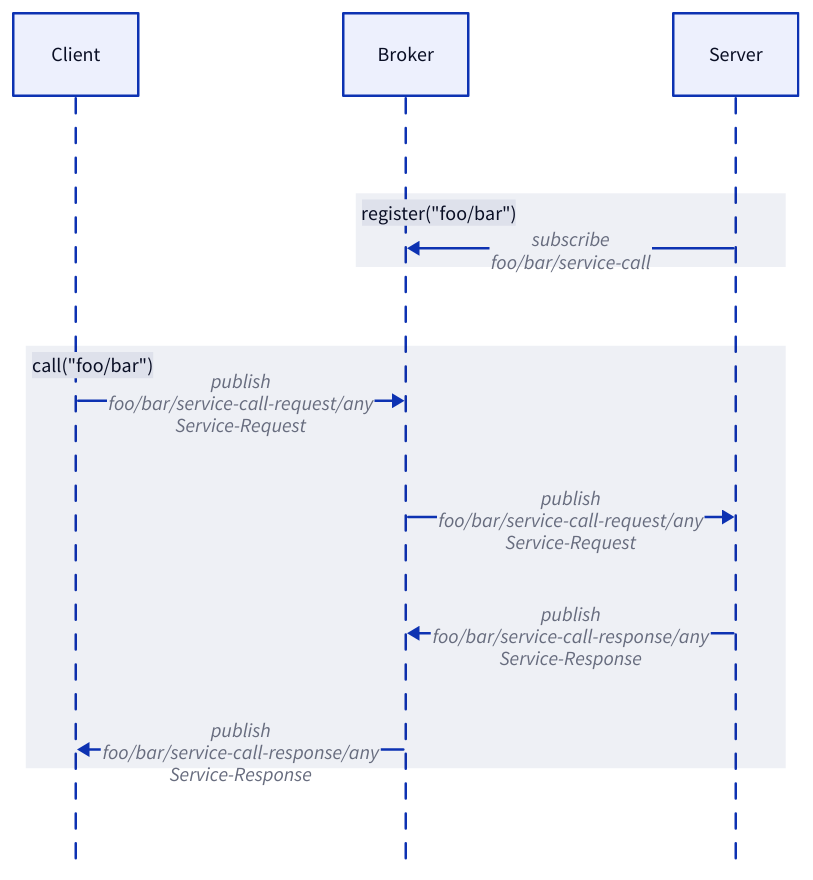
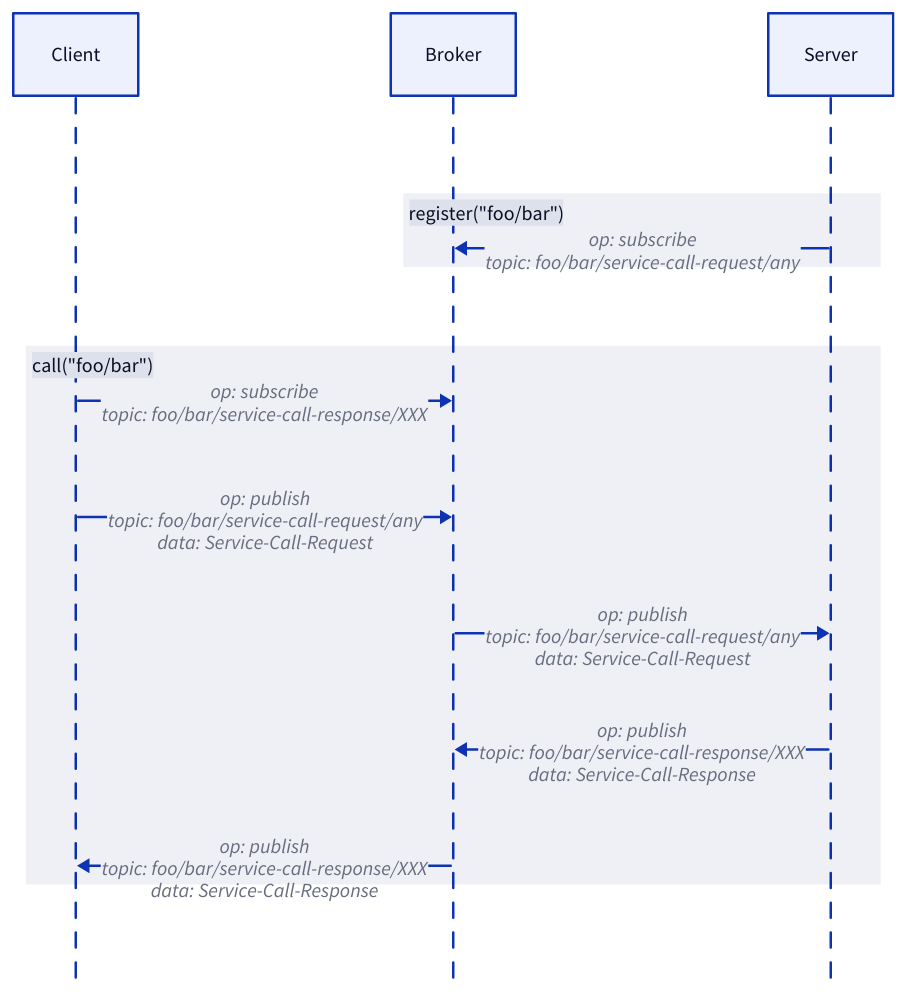
Before and after one commit to rse/mqtt-plus: the diagram in doc/mqtt-plus-3-service-call.d2, drawn with D2. The commit also changed 5 other files, not shown here.

Commit message:
update diagrams

```diff
--- a/doc/mqtt-plus-3-service-call.d2
+++ b/doc/mqtt-plus-3-service-call.d2
@@ -1,19 +1,20 @@
 
 shape: sequence_diagram
 
 client: "Client"
 broker: "Broker"
 server: "Server"
 
 broker.class: brown
 
 register("foo/bar") {
-    server -> broker: "subscribe\nfoo/bar/service-call"
+    server -> broker: "op: subscribe\ntopic: foo/bar/service-call-request/any"
 }
 
 call("foo/bar") {
-    client -> broker: "publish\nfoo/bar/service-call-request/any\nService-Request"
-    broker -> server: "publish\nfoo/bar/service-call-request/any\nService-Request"
-    broker <- server: "publish\nfoo/bar/service-call-response/any\nService-Response"
-    client <- broker: "publish\nfoo/bar/service-call-response/any\nService-Response"
+    client -> broker: "op: subscribe\ntopic: foo/bar/service-call-response/XXX"
+    client -> broker: "op: publish\ntopic: foo/bar/service-call-request/any\ndata: Service-Call-Request"
+    broker -> server: "op: publish\ntopic: foo/bar/service-call-request/any\ndata: Service-Call-Request"
+    broker <- server: "op: publish\ntopic: foo/bar/service-call-response/XXX\ndata: Service-Call-Response"
+    client <- broker: "op: publish\ntopic: foo/bar/service-call-response/XXX\ndata: Service-Call-Response"
 }
```
